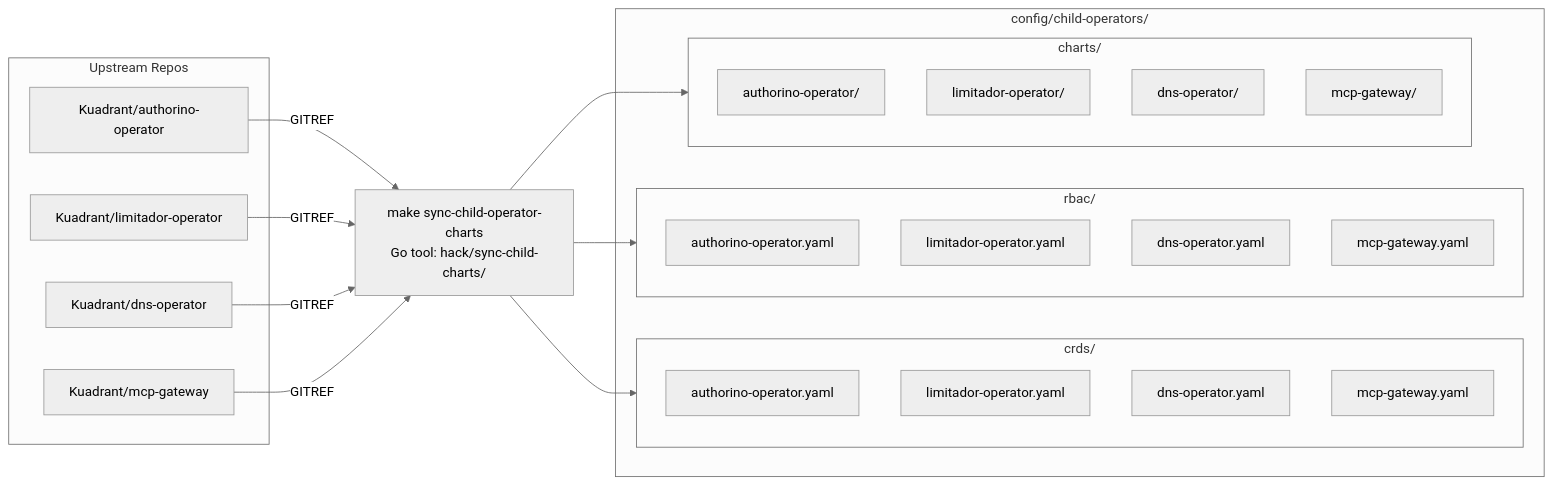
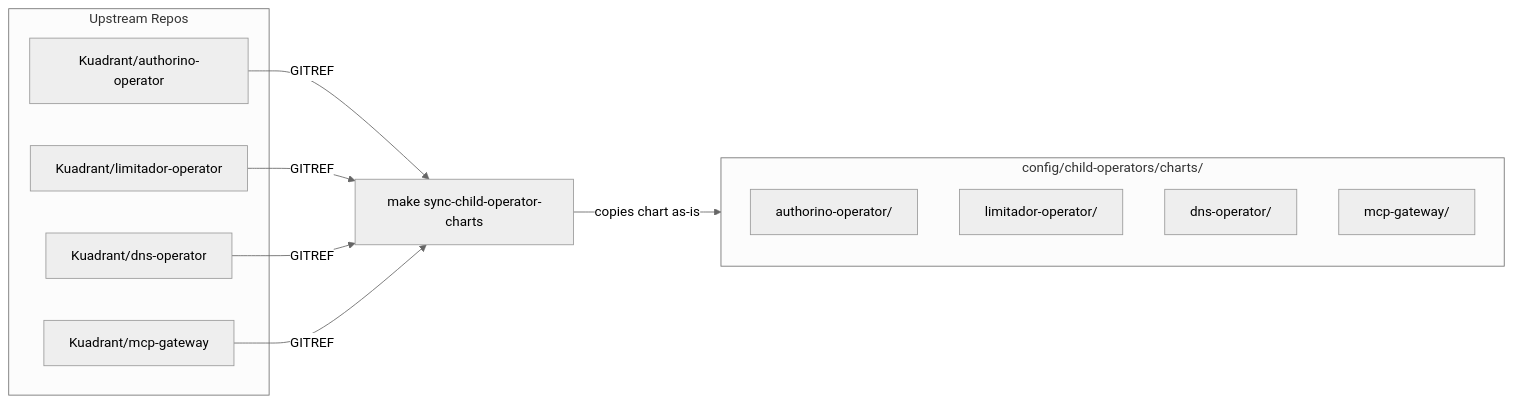
One commit to Kuadrant/architecture changed the first of 6 diagrams in rfcs/0019-olmv1-operator-consolidation/architecture-diagrams.md. Above: the diagram before and after it, drawn with Mermaid (neutral theme). The commit also changed other lines of this file and 1 other file, not shown here.

First line of the commit message:
docs: rewrite RFC for runtime chart rendering approach

````diff
--- a/rfcs/0019-olmv1-operator-consolidation/architecture-diagrams.md
+++ b/rfcs/0019-olmv1-operator-consolidation/architecture-diagrams.md
@@ -17,41 +18,25 @@
 ```mermaid
 graph LR
     subgraph upstream["Upstream Repos"]
         AO["Kuadrant/authorino-operator"]
         LO["Kuadrant/limitador-operator"]
         DO["Kuadrant/dns-operator"]
         MG["Kuadrant/mcp-gateway"]
     end
 
-    SYNC["make sync-child-operator-charts<br/>Go tool: hack/sync-child-charts/"]
+    SYNC["make sync-child-operator-charts"]
 
     AO -->|GITREF| SYNC
     LO -->|GITREF| SYNC
     DO -->|GITREF| SYNC
     MG -->|GITREF| SYNC
 
-    subgraph local["config/child-operators/"]
-        subgraph crds["crds/"]
-            ao_c["authorino-operator.yaml"]
-            lo_c["limitador-operator.yaml"]
-            do_c["dns-operator.yaml"]
-            mg_c["mcp-gateway.yaml"]
-        end
-        subgraph rbac["rbac/"]
-            ao_r["authorino-operator.yaml"]
-            lo_r["limitador-operator.yaml"]
-            do_r["dns-operator.yaml"]
-            mg_r["mcp-gateway.yaml"]
-        end
-        subgraph charts["charts/"]
-            ao_t["authorino-operator/"]
-            lo_t["limitador-operator/"]
-            do_t["dns-operator/"]
-            mg_t["mcp-gateway/"]
-        end
+    subgraph local["config/child-operators/charts/"]
+        ao_t["authorino-operator/"]
+        lo_t["limitador-operator/"]
+        do_t["dns-operator/"]
+        mg_t["mcp-gateway/"]
     end
 
-    SYNC --> crds
-    SYNC --> rbac
-    SYNC --> charts
+    SYNC -->|"copies chart as-is"| local
 ```
````
